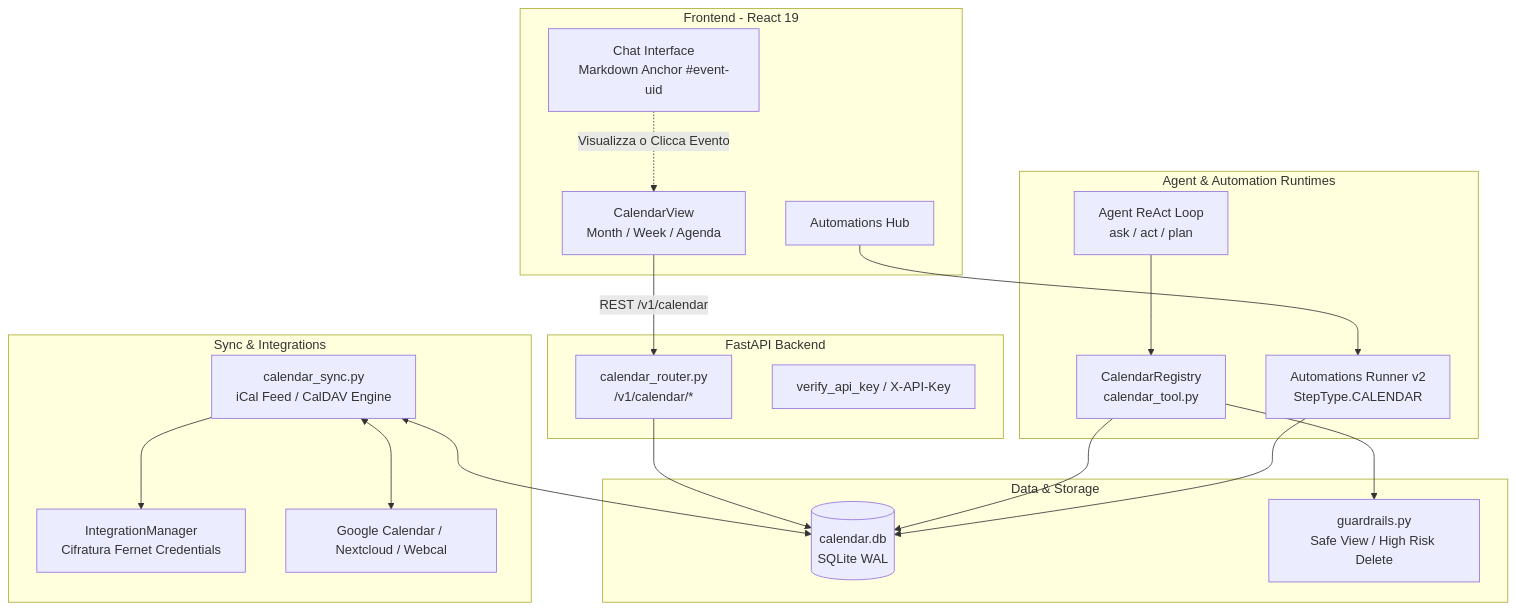
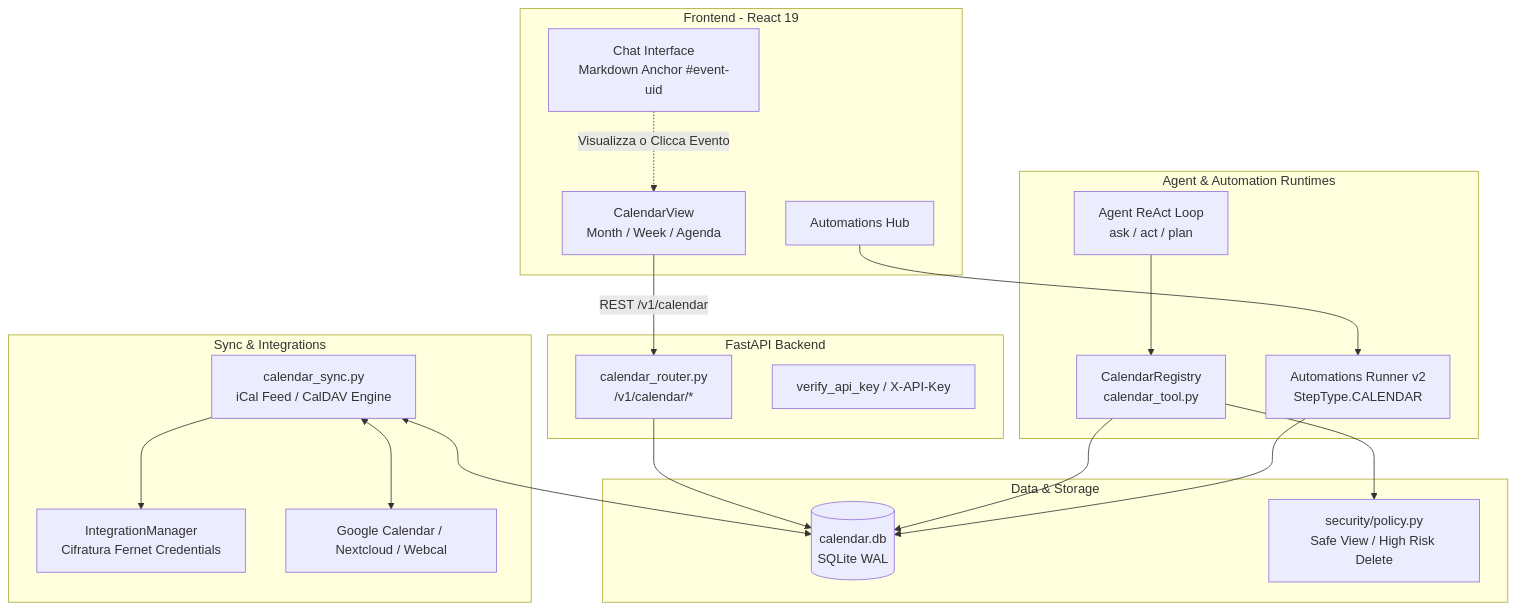
Before and after one commit to DevGiov/homelab-agent: the diagram in docs/calendar/ARCHITECTURE.md, drawn with Mermaid. The commit also changed 5 other files, not shown here.

````diff
--- a/docs/calendar/ARCHITECTURE.md
+++ b/docs/calendar/ARCHITECTURE.md
@@ -15,45 +15,45 @@
 ```mermaid
 flowchart TB
     subgraph UI_Layer [Frontend - React 19]
         ChatUI[Chat Interface\nMarkdown Anchor #event-uid]
         CalendarUI[CalendarView\nMonth / Week / Agenda]
         AutoUI[Automations Hub]
     end
 
     subgraph API_Layer [FastAPI Backend]
         Router[calendar_router.py\n/v1/calendar/*]
         ApiAuth[verify_api_key / X-API-Key]
     end
 
     subgraph Agent_Layer [Agent & Automation Runtimes]
         ReAct[Agent ReAct Loop\nask / act / plan]
         Registry[CalendarRegistry\ncalendar_tool.py]
         Runner[Automations Runner v2\nStepType.CALENDAR]
     end
 
     subgraph Data_Layer [Data & Storage]
         DB[(calendar.db\nSQLite WAL)]
-        Guard[guardrails.py\nSafe View / High Risk Delete]
+        Guard[security/policy.py\nSafe View / High Risk Delete]
     end
 
     subgraph Sync_Layer [Sync & Integrations]
         SyncEngine[calendar_sync.py\niCal Feed / CalDAV Engine]
         IntMgr[IntegrationManager\nCifratura Fernet Credentials]
         RemoteProviders[Google Calendar / Nextcloud / Webcal]
     end
 
     CalendarUI -->|REST /v1/calendar| Router
     ChatUI -.->|Visualizza o Clicca Evento| CalendarUI
     Router --> DB
 
     ReAct --> Registry
     Registry --> Guard
     Registry --> DB
 
     AutoUI --> Runner
     Runner --> DB
 
     SyncEngine <--> DB
     SyncEngine --> IntMgr
     SyncEngine <--> RemoteProviders
 ```
````
